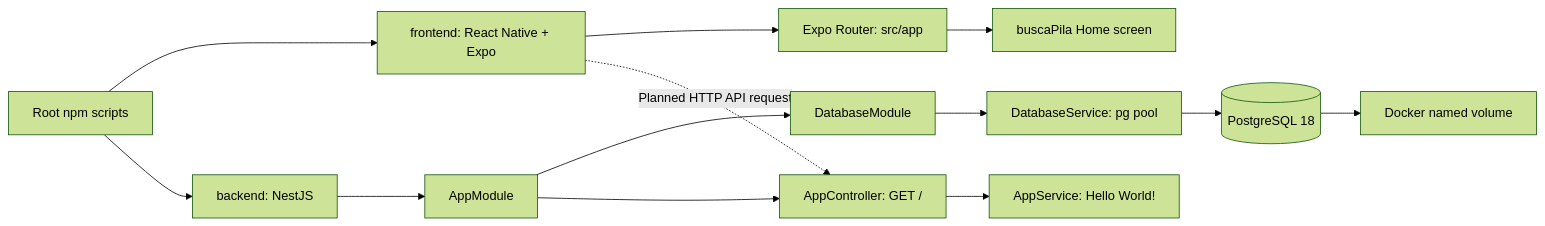
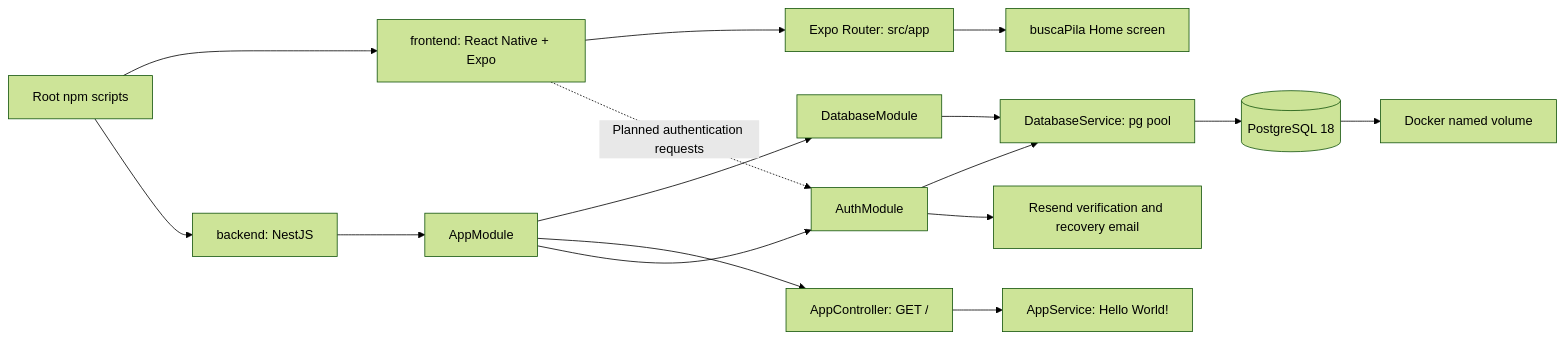
One commit to JuanCarlosIsordiaB/plugi changed the first of 2 diagrams in docs/ARCHITECTURE.md. Above: the diagram before and after it, drawn with Mermaid (forest theme). The commit also changed other lines of this file and 27 other files, not shown here.

Commit message:
Integrate mobile email authentication

````diff
--- a/docs/ARCHITECTURE.md
+++ b/docs/ARCHITECTURE.md
@@ -13,15 +13,18 @@
 ```mermaid
 flowchart LR
     Scripts[Root npm scripts] --> Mobile[frontend: React Native + Expo]
     Scripts --> API[backend: NestJS]
     Mobile --> Router[Expo Router: src/app]
     Router --> Home[buscaPila Home screen]
     API --> Module[AppModule]
     Module --> DatabaseModule[DatabaseModule]
     DatabaseModule --> Pool[DatabaseService: pg pool]
     Pool --> Postgres[(PostgreSQL 18)]
     Postgres --> Volume[Docker named volume]
     Module --> Controller[AppController: GET /]
     Controller --> Service[AppService: Hello World!]
-    Mobile -. Planned HTTP API request .-> Controller
+    Module --> Auth[AuthModule]
+    Auth --> Pool
+    Auth --> Email[Resend verification and recovery email]
+    Mobile -. Planned authentication requests .-> Auth
 ```
````
